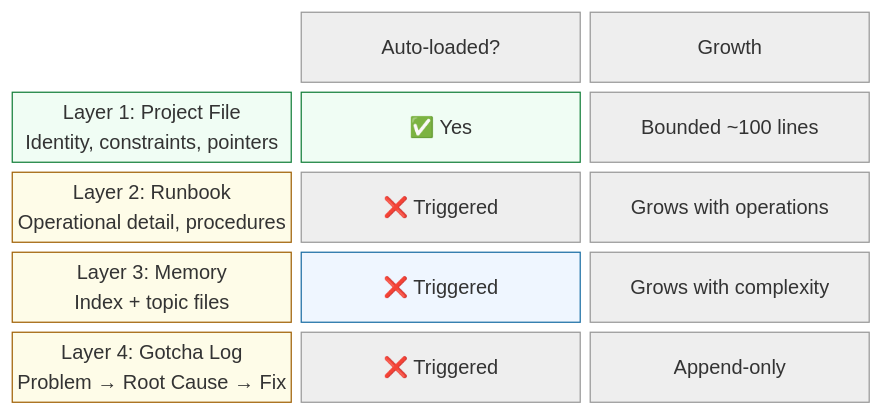
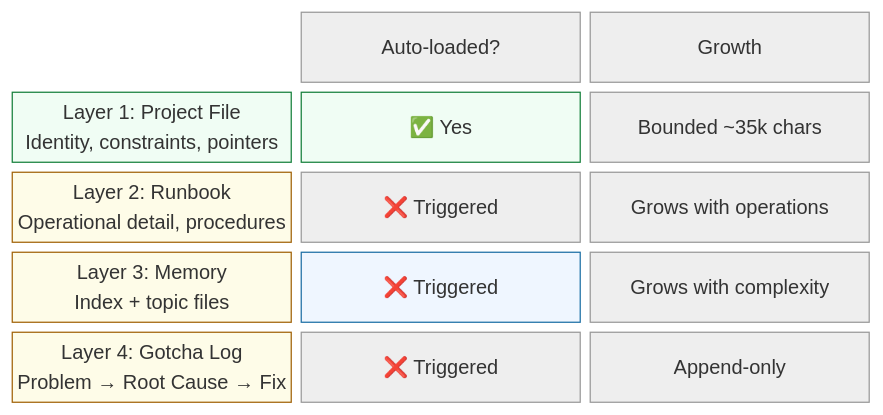
The first of 4 diagrams in docs/guide/02-the-layers.md (ducroq/agent-ready-projects), drawn with Mermaid (neutral theme) before and after one commit. The commit also changed other lines of this file and 19 other files, not shown here.

````diff
--- a/docs/guide/02-the-layers.md
+++ b/docs/guide/02-the-layers.md
@@ -5,18 +5,18 @@
 ```mermaid
 block-beta
     columns 3
 
     space label1["Auto-loaded?"] label2["Growth"]
 
-    L1["Layer 1: Project File<br/>Identity, constraints, pointers"]:1 auto1["✅ Yes"]:1 g1["Bounded ~100 lines"]:1
+    L1["Layer 1: Project File<br/>Identity, constraints, pointers"]:1 auto1["✅ Yes"]:1 g1["Bounded ~35k chars"]:1
     L2["Layer 2: Runbook<br/>Operational detail, procedures"]:1 auto2["❌ Triggered"]:1 g2["Grows with operations"]:1
     L3["Layer 3: Memory<br/>Index + topic files"]:1 auto3["❌ Triggered"]:1 g3["Grows with complexity"]:1
     L4["Layer 4: Gotcha Log<br/>Problem → Root Cause → Fix"]:1 auto4["❌ Triggered"]:1 g4["Append-only"]:1
 
     style L1 fill:#f0fdf4,stroke:#16803c
     style L2 fill:#fefce8,stroke:#a16207
     style L3 fill:#fefce8,stroke:#a16207
     style L4 fill:#fefce8,stroke:#a16207
     style auto1 fill:#f0fdf4,stroke:#16803c
     style auto3 fill:#eff6ff,stroke:#1d6fa5
 ```
````
